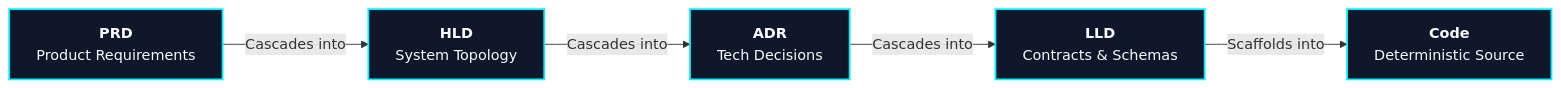
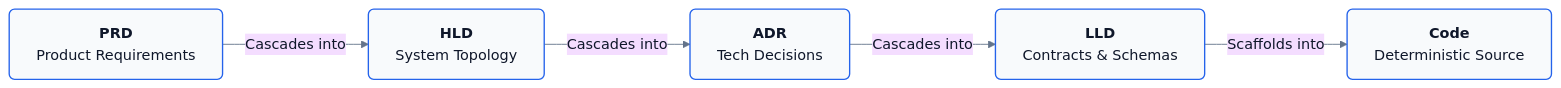
One commit to seismael/GenOps changed the first of 3 diagrams in docs/architecture/RFC-001-contextops-architecture.md. Above: the diagram before and after it, drawn with Mermaid. The commit also changed other lines of this file and 2 other files, not shown here.

Commit message:
docs: establish ContextOps architecture with RFC-001 and documentation for usage workflows and project overview.

````diff
--- a/docs/architecture/RFC-001-contextops-architecture.md
+++ b/docs/architecture/RFC-001-contextops-architecture.md
@@ -19,10 +19,11 @@
 ```mermaid
+%%{init: {'theme': 'base', 'themeVariables': { 'fontFamily': 'Inter, system-ui, sans-serif', 'lineColor': '#64748b', 'primaryTextColor': '#0f172a' }}}%%
 flowchart LR
     PRD["<b>PRD</b><br/>Product Requirements"] -->|"Cascades into"| HLD["<b>HLD</b><br/>System Topology"]
     HLD -->|"Cascades into"| ADR["<b>ADR</b><br/>Tech Decisions"]
     ADR -->|"Cascades into"| LLD["<b>LLD</b><br/>Contracts & Schemas"]
     LLD -->|"Scaffolds into"| CODE["<b>Code</b><br/>Deterministic Source"]
 
-    classDef stageBox fill:#0f172a,stroke:#00f0ff,stroke-width:2px,color:#f8fafc;
+    classDef stageBox fill:#f8fafc,stroke:#2563eb,stroke-width:1.5px,color:#0f172a,rx:6px,ry:6px;
     class PRD,HLD,ADR,LLD,CODE stageBox;
 ```
````
